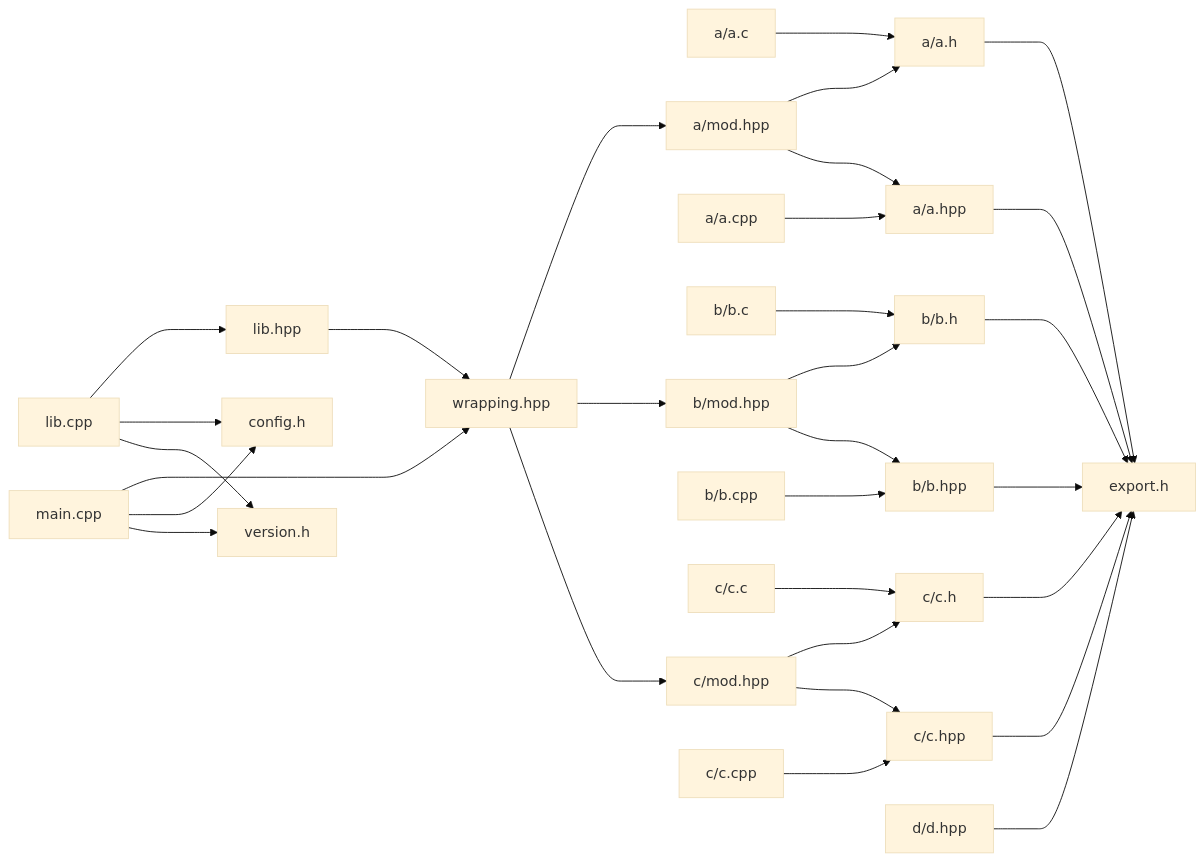
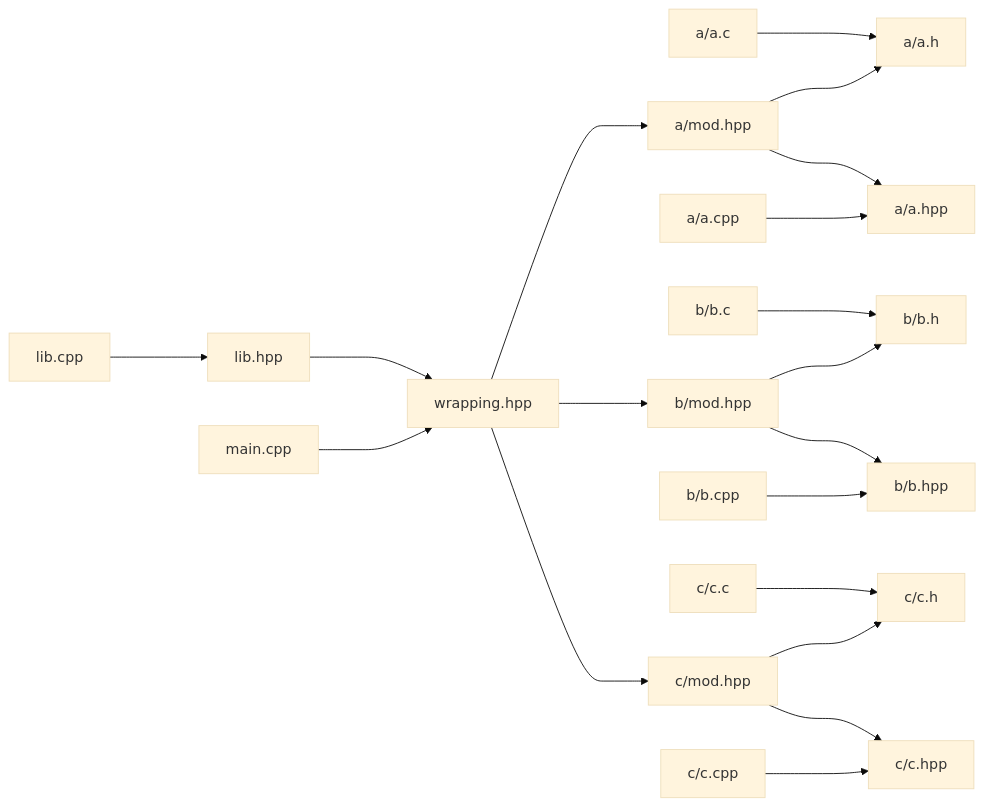
Before and after one commit to ascpkg/asc: the diagram in test_package/flowchart.md, drawn with Mermaid (base theme). The commit also changed 4 other files, not shown here.

````diff
--- a/test_package/flowchart.md
+++ b/test_package/flowchart.md
@@ -1,32 +1,21 @@
 ```mermaid
 flowchart LR;
     a/a.c ---> a/a.h;
     a/mod.hpp ---> a/a.h;
     a/a.cpp ---> a/a.hpp;
     a/mod.hpp ---> a/a.hpp;
     wrapping.hpp ---> a/mod.hpp;
     b/b.c ---> b/b.h;
     b/mod.hpp ---> b/b.h;
     b/b.cpp ---> b/b.hpp;
     b/mod.hpp ---> b/b.hpp;
     wrapping.hpp ---> b/mod.hpp;
     c/c.c ---> c/c.h;
     c/mod.hpp ---> c/c.h;
     c/c.cpp ---> c/c.hpp;
     c/mod.hpp ---> c/c.hpp;
     wrapping.hpp ---> c/mod.hpp;
-    a/a.h ---> export.h;
-    a/a.hpp ---> export.h;
-    b/b.h ---> export.h;
-    b/b.hpp ---> export.h;
-    c/c.h ---> export.h;
-    c/c.hpp ---> export.h;
-    d/d.hpp ---> export.h;
     lib.cpp ---> lib.hpp;
     lib.hpp ---> wrapping.hpp;
     main.cpp ---> wrapping.hpp;
-    lib.cpp ---> config.h;
-    main.cpp ---> config.h;
-    lib.cpp ---> version.h;
-    main.cpp ---> version.h;
 ```
````
